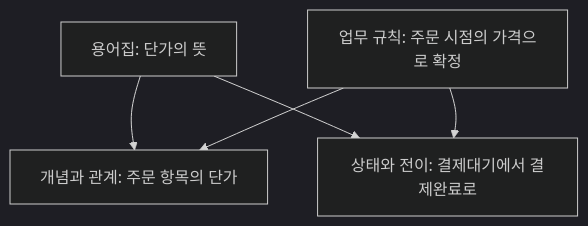
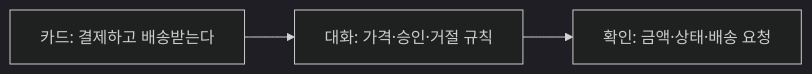
Before and after one commit to YoungSan77/TrainingMaterials: the first of 5 diagrams in courses/ai-native/sessions/s03.md, drawn with Mermaid (dark theme). The commit also changed other lines of this file and 286 other files, not shown here.

````diff
--- a/courses/ai-native/sessions/s03.md
+++ b/courses/ai-native/sessions/s03.md
@@ -45,7 +133,5 @@
 ```mermaid
-flowchart TB
-    V["용어집: 단가의 뜻"] --> C["개념과 관계: 주문 항목의 단가"]
-    V --> S["상태와 전이: 결제대기에서 결제완료로"]
-    R["업무 규칙: 주문 시점의 가격으로 확정"] --> C
-    R --> S
+flowchart LR
+  C["카드: 결제하고 배송받는다"] --> V["대화: 가격·승인·거절 규칙"]
+  V --> F["확인: 금액·상태·배송 요청"]
 ```
````
